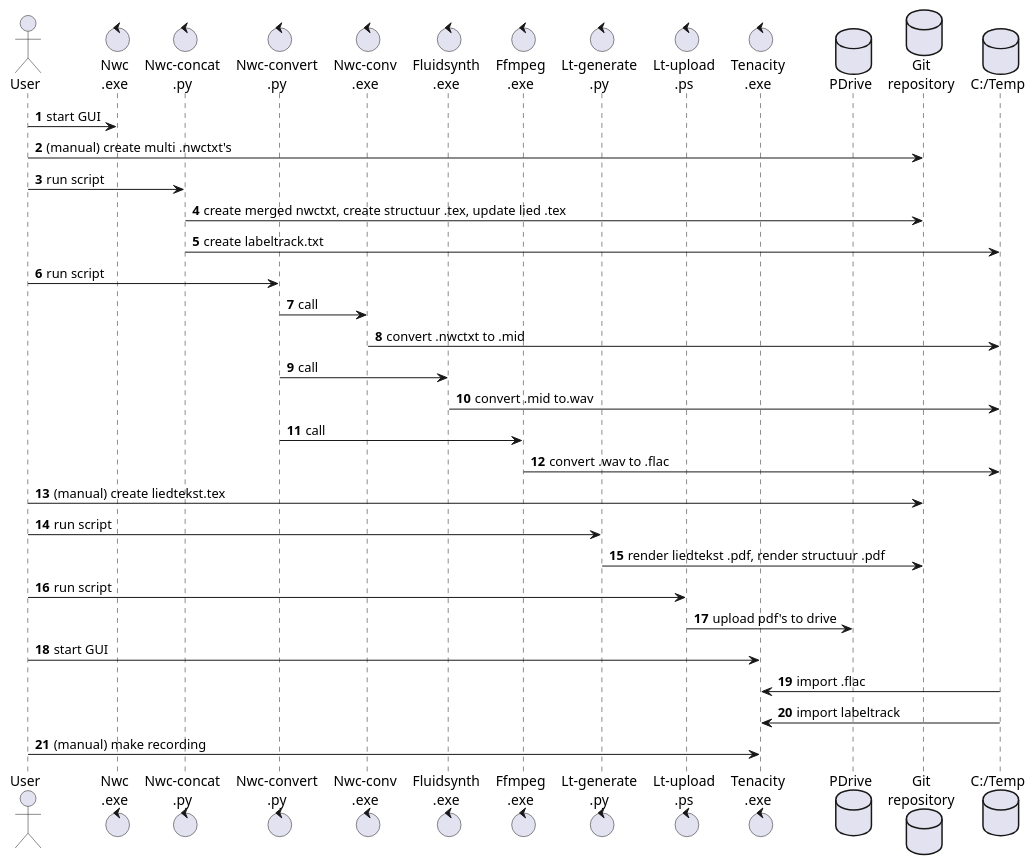
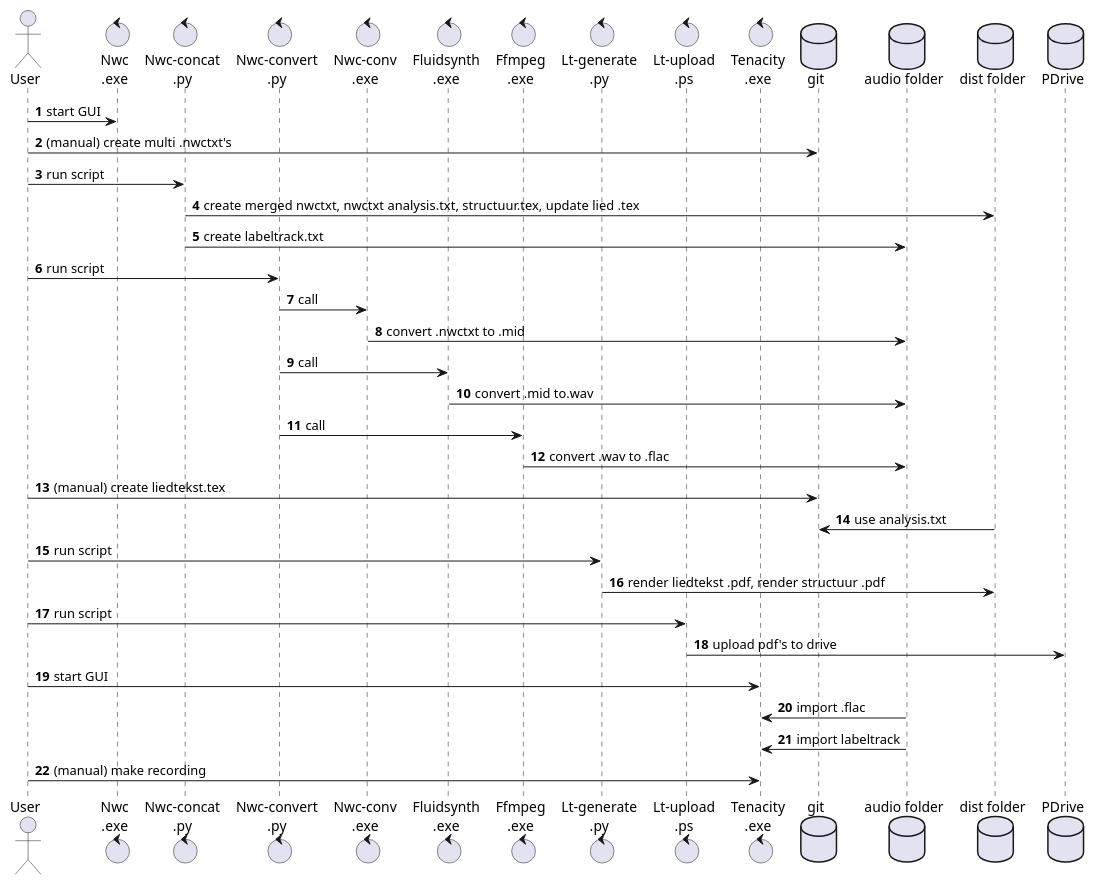
The diagram in project/schema.pu (real70discohits/liedteksten-code), drawn with PlantUML before and after one commit.

Commit message:
Update plantuml workflow

```diff
--- a/project/schema.pu
+++ b/project/schema.pu
@@ -1,38 +1,40 @@
 @startuml
 actor       User       as u1
 control     "Nwc\n.exe"     as nwc
 control     "Nwc-concat\n.py"      as nwconcpy
 control     "Nwc-convert\n.py"      as nwconvpy
 control     "Nwc-conv\n.exe"  as nwconvexe
 control     "Fluidsynth\n.exe"   as fluid
 control     "Ffmpeg\n.exe" as ffmpeg
 control     "Lt-generate\n.py" as ltgenerate
 control     "Lt-upload\n.ps"    as ltupload
 control     "Tenacity\n.exe"  as tenacity
+database    "git" as repos
+database    "audio folder" as audio_output_folder
+database    "dist folder" as dist
 database    PDrive as pdrive
-database    "Git\nrepository" as repos
-database    "C:/Temp" as temp
 
 autonumber
 u1 -> nwc : start GUI
-u1 -> repos : (manual) create multi .nwctxt's
+u1 -> repos: (manual) create multi .nwctxt's
 u1 -> nwconcpy : run script
-nwconcpy -> repos : create merged nwctxt, create structuur .tex, update lied .tex
-nwconcpy -> temp : create labeltrack.txt
+nwconcpy -> dist: create merged nwctxt, nwctxt analysis.txt, structuur.tex, update lied .tex
+nwconcpy -> audio_output_folder: create labeltrack.txt
 u1 -> nwconvpy : run script
 nwconvpy -> nwconvexe : call
-nwconvexe -> temp : convert .nwctxt to .mid
+nwconvexe -> audio_output_folder: convert .nwctxt to .mid
 nwconvpy -> fluid : call
-fluid -> temp : convert .mid to.wav
+fluid -> audio_output_folder: convert .mid to.wav
 nwconvpy -> ffmpeg : call
-ffmpeg -> temp : convert .wav to .flac
-u1 -> repos : (manual) create liedtekst.tex
+ffmpeg -> audio_output_folder: convert .wav to .flac
+u1 -> repos: (manual) create liedtekst.tex
+dist -> repos: use analysis.txt
 u1 -> ltgenerate : run script
-ltgenerate -> repos : render liedtekst .pdf, render structuur .pdf
+ltgenerate -> dist: render liedtekst .pdf, render structuur .pdf
 u1 -> ltupload : run script
 ltupload -> pdrive : upload pdf's to drive
 u1 -> tenacity : start GUI
-tenacity <- temp : import .flac 
-tenacity <- temp : import labeltrack
+tenacity <- audio_output_folder: import .flac 
+tenacity <- audio_output_folder: import labeltrack
 u1 -> tenacity : (manual) make recording
 @enduml
```
